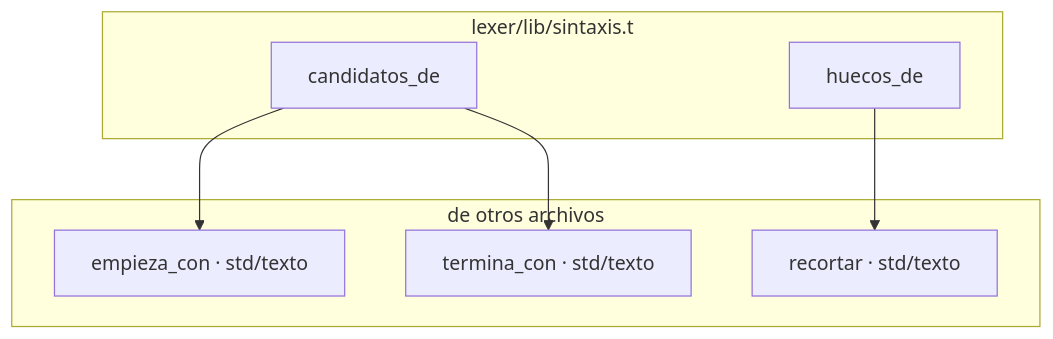
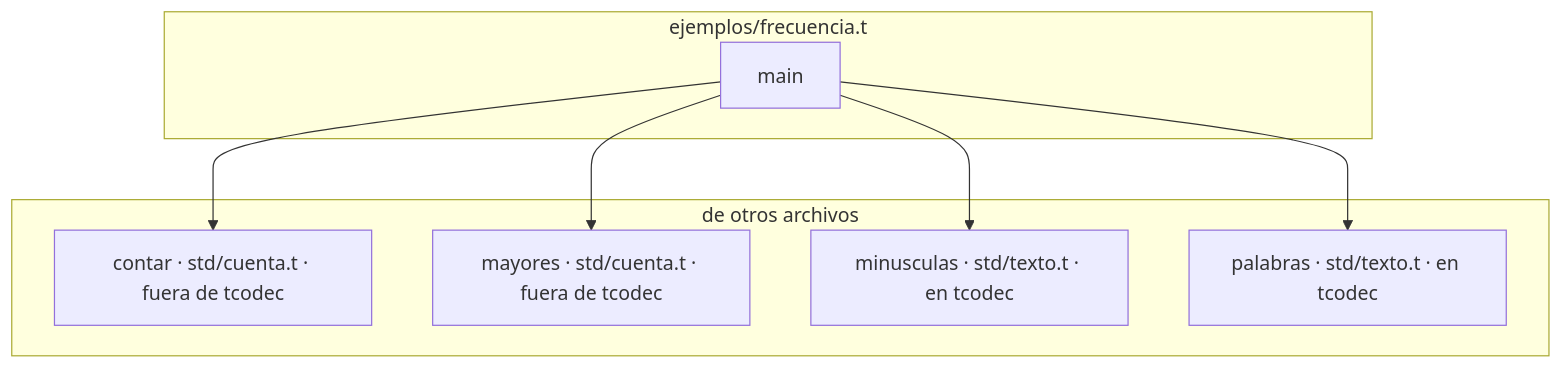
Before and after one commit to NTellezM/tcode: diagram 18 of 44 in docs/grafo-funciones.md, drawn with Mermaid. The commit also changed other lines of this file and 5 other files, not shown here.

````diff
--- a/docs/grafo-funciones.md
+++ b/docs/grafo-funciones.md
@@ -2017,16 +2132,17 @@
 ```mermaid
 graph TD
-    subgraph lexer_lib_sintaxis["lexer/lib/sintaxis.t"]
-        lexer_lib_sintaxis__candidatos_de["candidatos_de"]
-        lexer_lib_sintaxis__huecos_de["huecos_de"]
+    subgraph ejemplos_frecuencia["ejemplos/frecuencia.t"]
+        ejemplos_frecuencia__main["main"]
     end
     subgraph fuera["de otros archivos"]
-        std_texto__empieza_con["empieza_con · std/texto"]
-        std_texto__recortar["recortar · std/texto"]
-        std_texto__termina_con["termina_con · std/texto"]
+        std_cuenta__contar["contar · std/cuenta.t · fuera de tcodec"]
+        std_cuenta__mayores["mayores · std/cuenta.t · fuera de tcodec"]
+        std_texto__minusculas["minusculas · std/texto.t · en tcodec"]
+        std_texto__palabras["palabras · std/texto.t · en tcodec"]
     end
 
-    lexer_lib_sintaxis__candidatos_de --> std_texto__empieza_con
-    lexer_lib_sintaxis__candidatos_de --> std_texto__termina_con
-    lexer_lib_sintaxis__huecos_de --> std_texto__recortar
+    ejemplos_frecuencia__main --> std_cuenta__contar
+    ejemplos_frecuencia__main --> std_cuenta__mayores
+    ejemplos_frecuencia__main --> std_texto__minusculas
+    ejemplos_frecuencia__main --> std_texto__palabras
 ```
````
